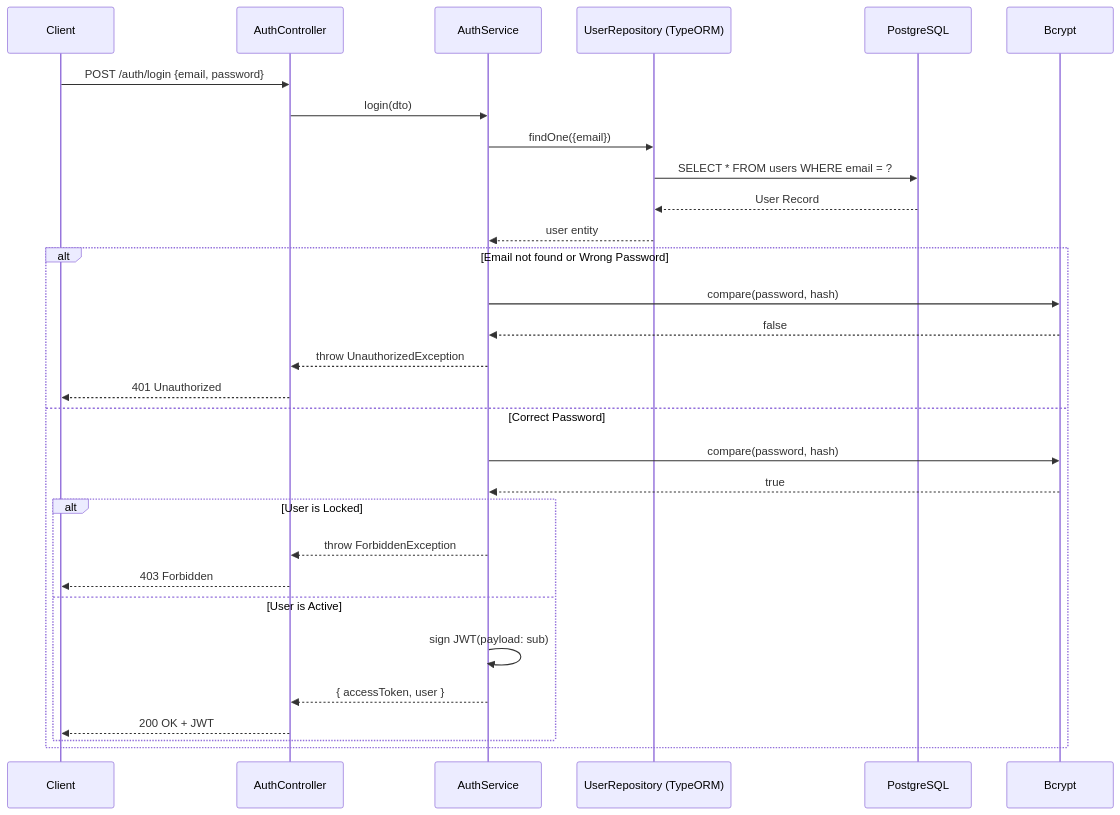
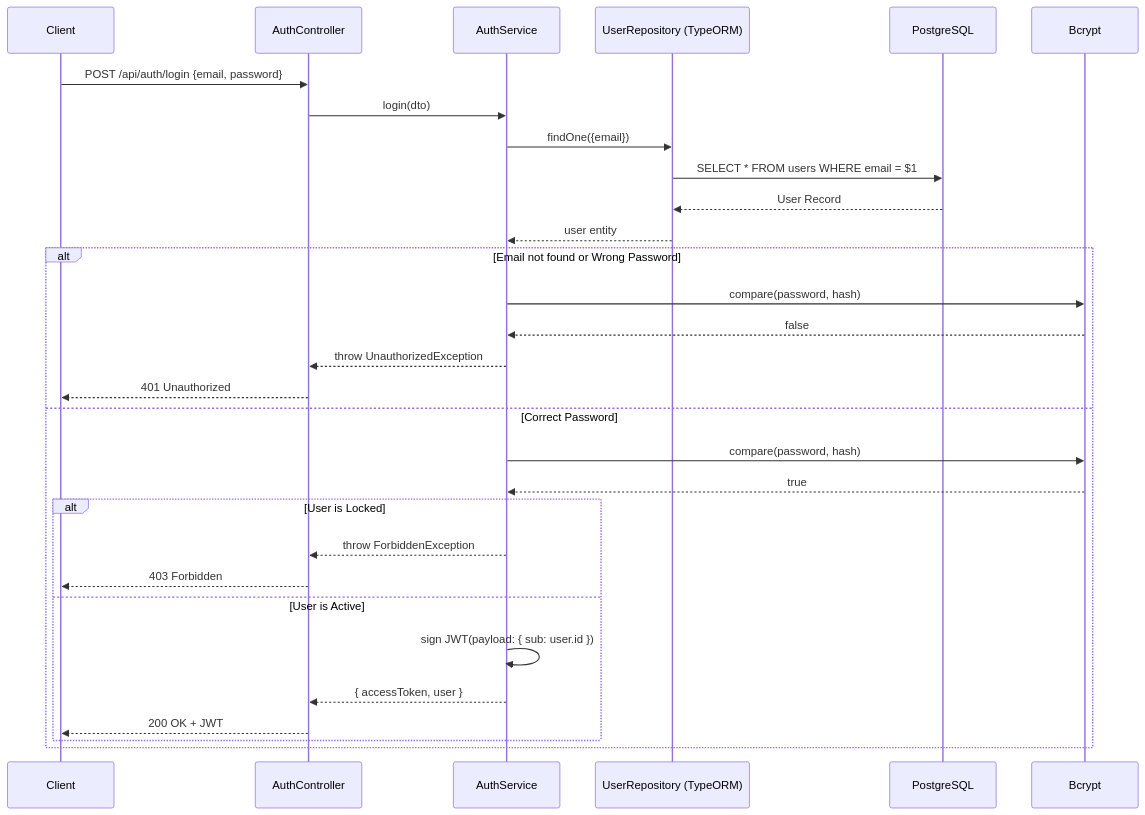
Before and after one commit to megapig5000/Banking-app: the first of 2 diagrams in docs/sequence_diagrams.md, drawn with Mermaid. The commit also changed other lines of this file and 49 other files, not shown here.

````diff
--- a/docs/sequence_diagrams.md
+++ b/docs/sequence_diagrams.md
@@ -5,35 +5,35 @@
 ```mermaid
 sequenceDiagram
     participant Client
     participant Controller as AuthController
     participant Service as AuthService
     participant Repo as UserRepository (TypeORM)
     participant DB as PostgreSQL
     participant Bcrypt
 
-    Client->>Controller: POST /auth/login {email, password}
+    Client->>Controller: POST /api/auth/login {email, password}
     Controller->>Service: login(dto)
     Service->>Repo: findOne({email})
-    Repo->>DB: SELECT * FROM users WHERE email = ?
+    Repo->>DB: SELECT * FROM users WHERE email = $1
     DB-->>Repo: User Record
     Repo-->>Service: user entity
     
     alt Email not found or Wrong Password
         Service->>Bcrypt: compare(password, hash)
         Bcrypt-->>Service: false
         Service-->>Controller: throw UnauthorizedException
         Controller-->>Client: 401 Unauthorized
     else Correct Password
         Service->>Bcrypt: compare(password, hash)
         Bcrypt-->>Service: true
         
         alt User is Locked
             Service-->>Controller: throw ForbiddenException
             Controller-->>Client: 403 Forbidden
         else User is Active
-            Service->>Service: sign JWT(payload: sub)
+            Service->>Service: sign JWT(payload: { sub: user.id })
             Service-->>Controller: { accessToken, user }
             Controller-->>Client: 200 OK + JWT
         end
     end
 ```
````
